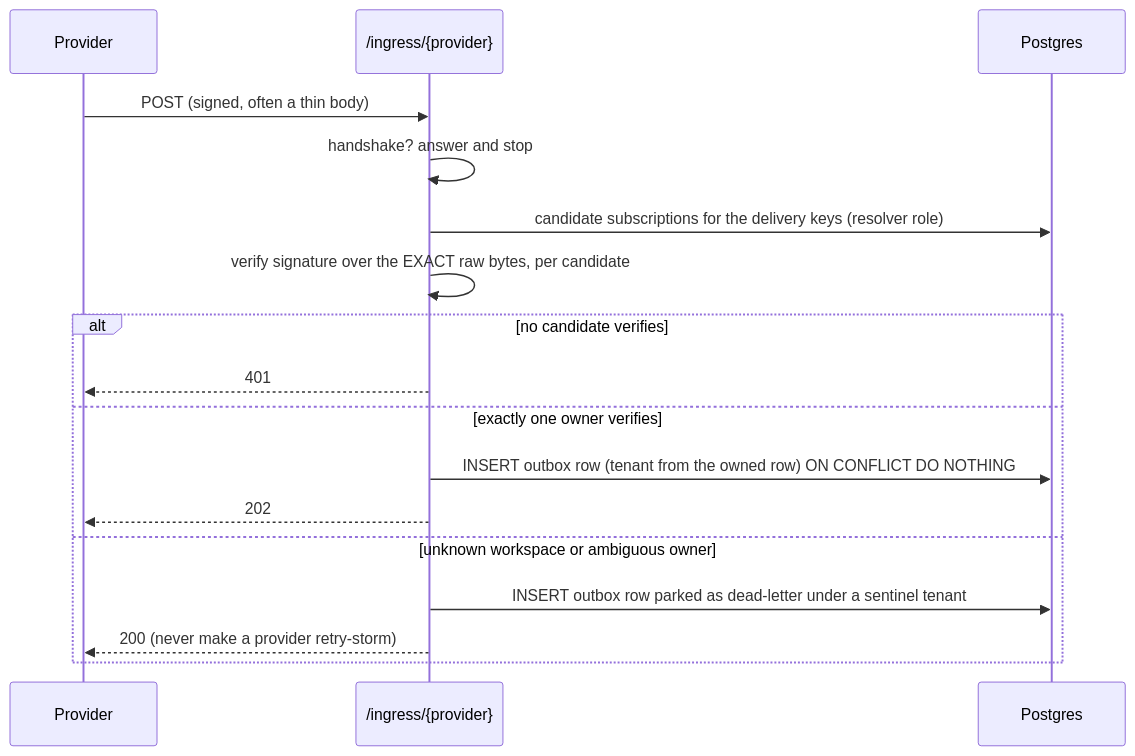
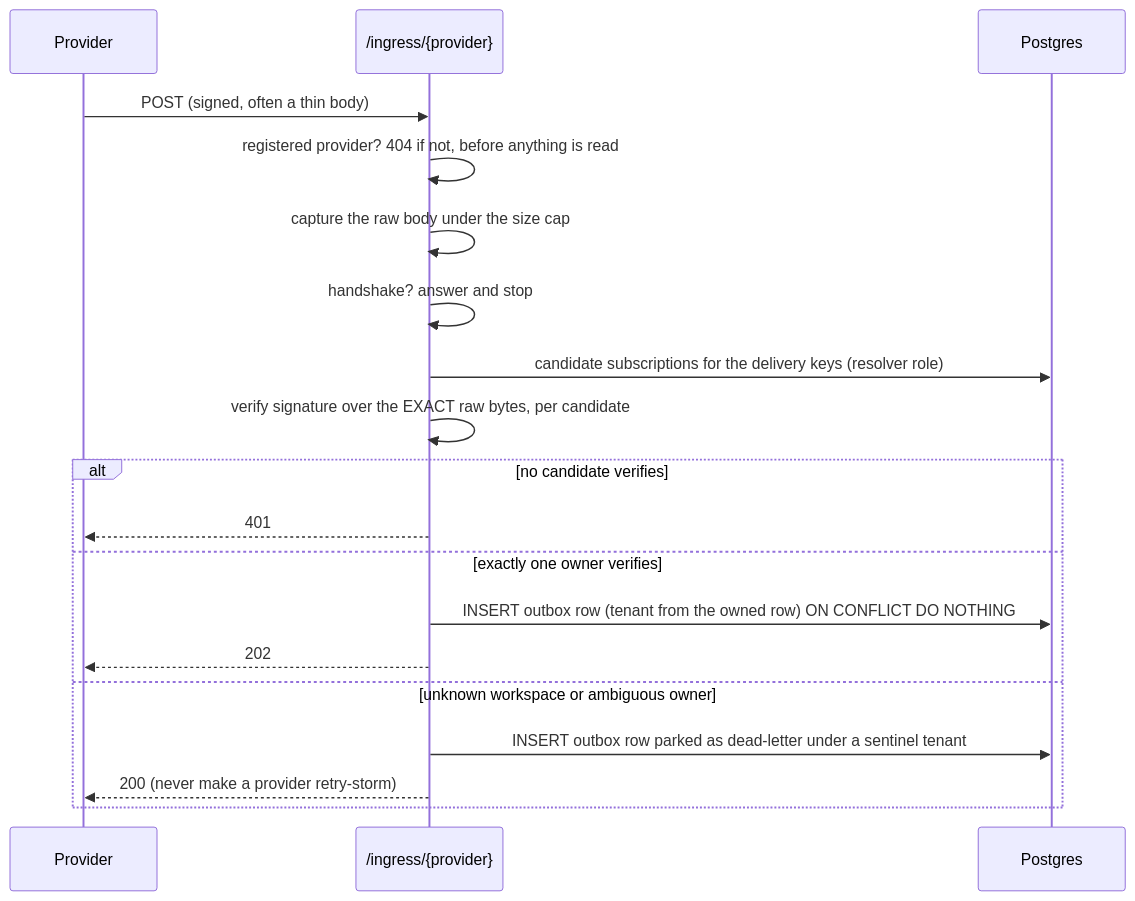
Before and after one commit to gablooge/lawang: the diagram in docs/architecture.md, drawn with Mermaid. The commit also changed other lines of this file and 15 other files, not shown here.

````diff
--- a/docs/architecture.md
+++ b/docs/architecture.md
@@ -56,19 +56,21 @@
 ```mermaid
 sequenceDiagram
   participant P as Provider
   participant E as /ingress/{provider}
   participant DB as Postgres
   P->>E: POST (signed, often a thin body)
+  E->>E: registered provider? 404 if not, before anything is read
+  E->>E: capture the raw body under the size cap
   E->>E: handshake? answer and stop
   E->>DB: candidate subscriptions for the delivery keys (resolver role)
   E->>E: verify signature over the EXACT raw bytes, per candidate
   alt no candidate verifies
     E-->>P: 401
   else exactly one owner verifies
     E->>DB: INSERT outbox row (tenant from the owned row) ON CONFLICT DO NOTHING
     E-->>P: 202
   else unknown workspace or ambiguous owner
     E->>DB: INSERT outbox row parked as dead-letter under a sentinel tenant
     E-->>P: 200 (never make a provider retry-storm)
   end
 ```
````
